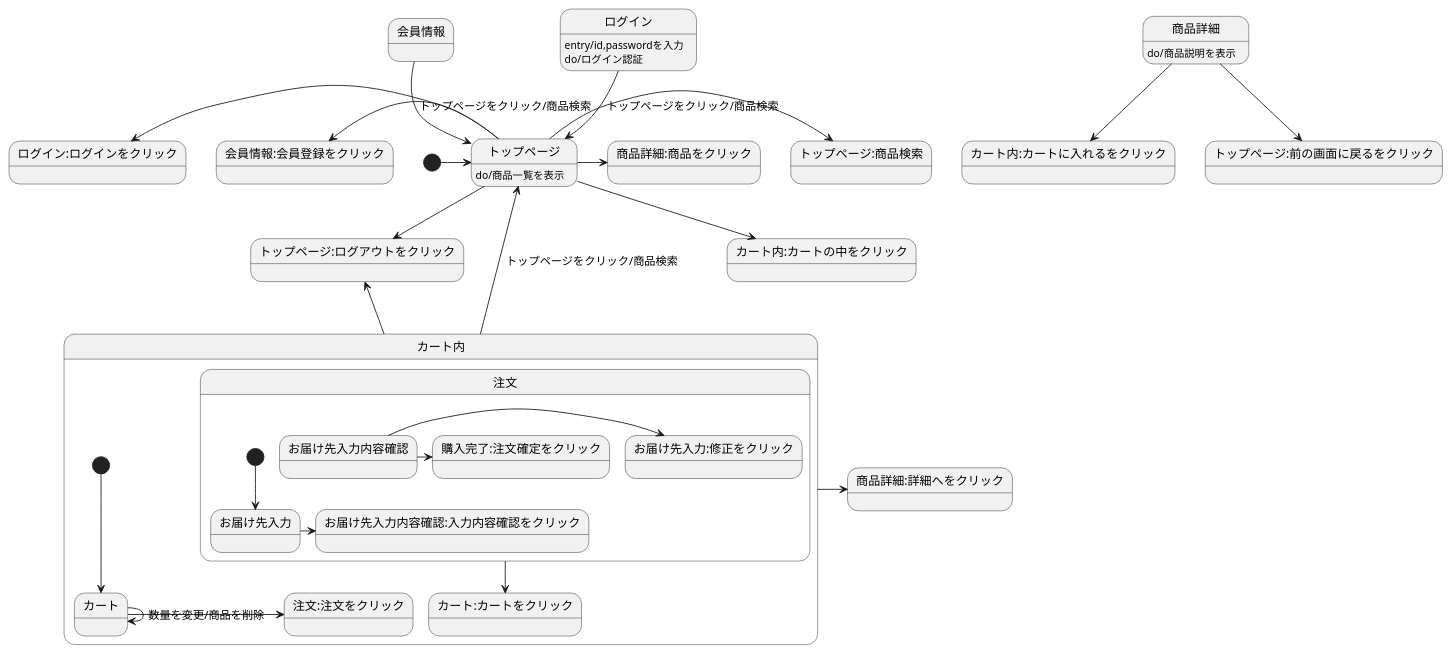
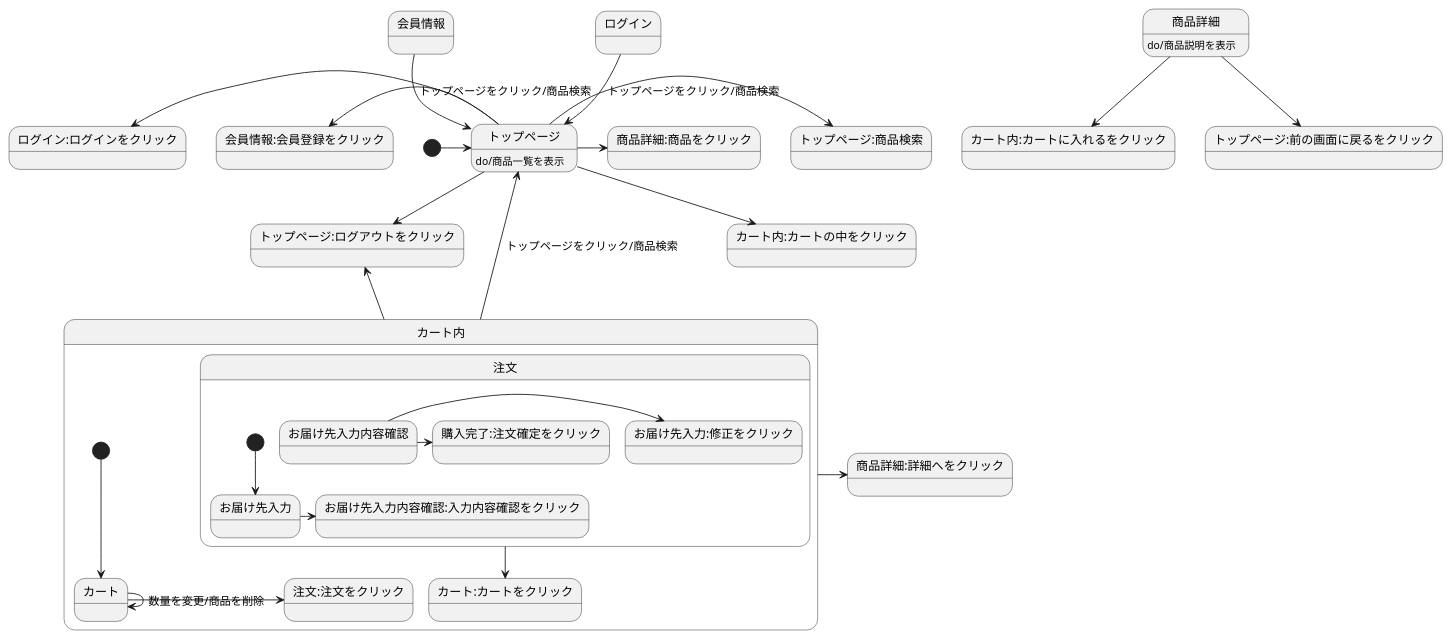
Before and after one commit to Aso2001147/2021sys-design: the diagram in 10回チャレンジ課題.md, drawn with PlantUML.

````diff
--- a/10回チャレンジ課題.md
+++ b/10回チャレンジ課題.md
@@ -1,37 +1,35 @@
 ```uml 
 @startuml
 
 [*] -> トップページ
 会員情報 -->トップページ:トップページをクリック/商品検索
 ログイン --> トップページ:トップページをクリック/商品検索
-ログイン :entry/id,passwordを入力
-ログイン :do/ログイン認証
 トップページ -->トップページ:ログアウトをクリック
 トップページ -> トップページ:商品検索
 トップページ -> 商品詳細:商品をクリック
 トップページ -left-> 会員情報:会員登録をクリック
 トップページ -left-> ログイン:ログインをクリック
 トップページ --> カート内:カートの中をクリック
 トップページ:do/商品一覧を表示
 商品詳細 --> カート内:カートに入れるをクリック
 商品詳細 --> トップページ:前の画面に戻るをクリック
 商品詳細:do/商品説明を表示
 カート内 -up-> トップページ:トップページをクリック/商品検索
 カート内 -up-> トップページ:ログアウトをクリック 
 カート内 -> 商品詳細:詳細へをクリック
 
 state カート内{ 
  [*] --> カート 
  カート -> 注文:注文をクリック 
  カート -> カート:数量を変更/商品を削除
  注文 --> カート:カートをクリック
  state 注文{
   [*] --> お届け先入力 
   お届け先入力 -> お届け先入力内容確認:入力内容確認をクリック 
   お届け先入力内容確認 -> お届け先入力:修正をクリック 
   お届け先入力内容確認 -> 購入完了:注文確定をクリック
  }
 }
 
 @enduml
 ```
````
